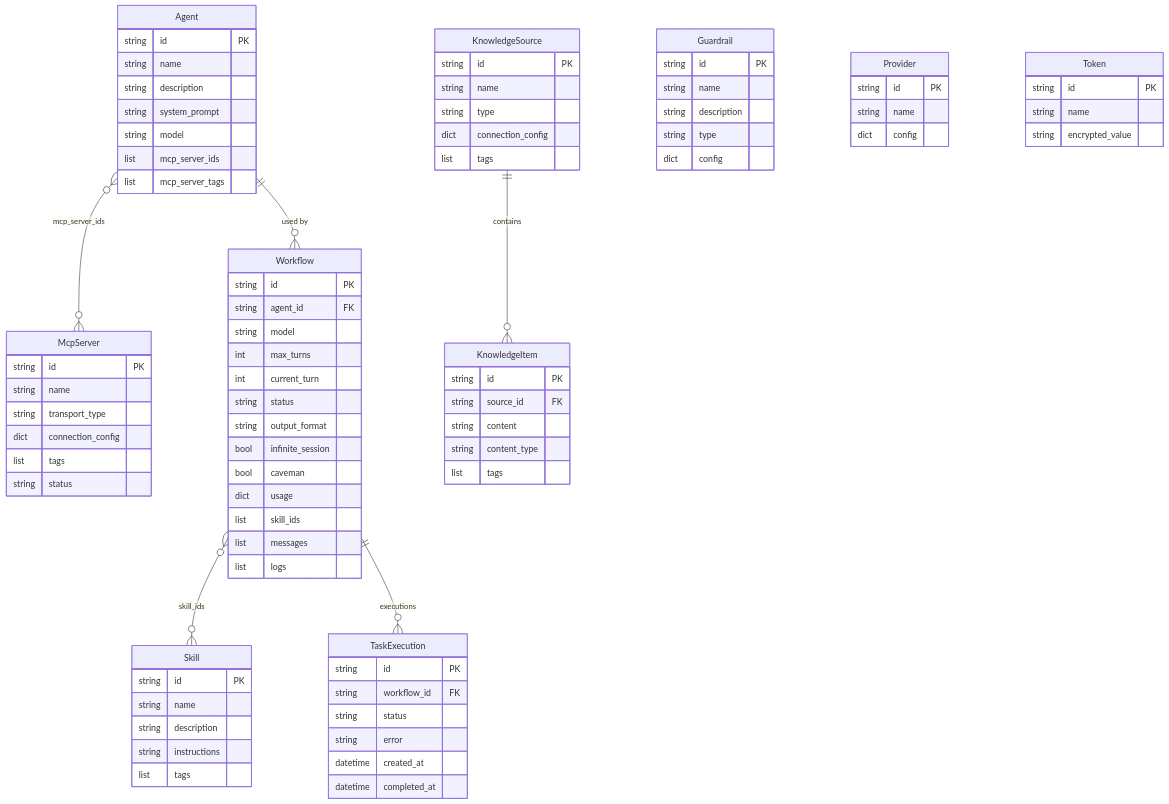
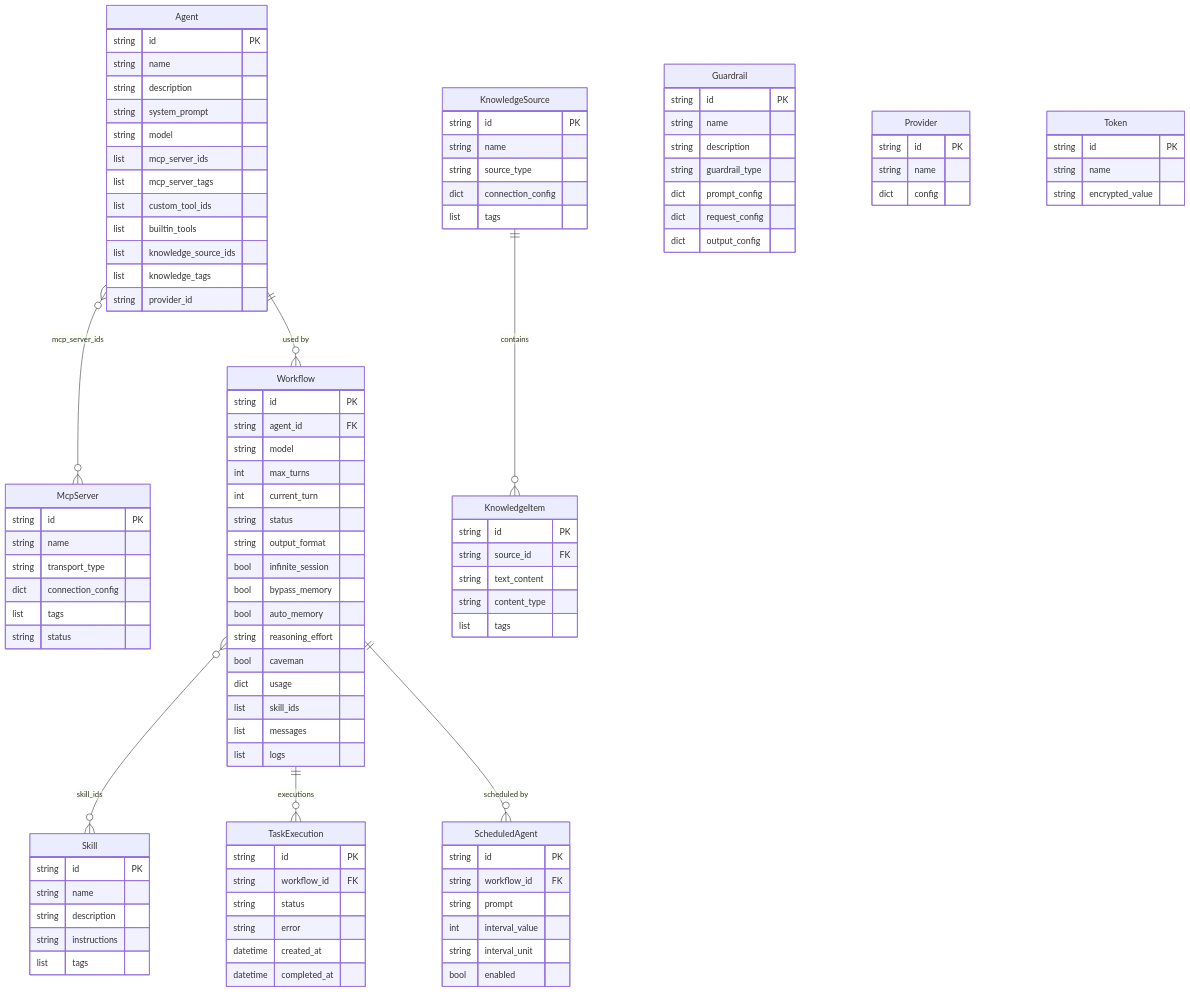
One commit to naaico-tech/tbd-agents changed the diagram in docs/architecture/data-model.md. Above: the diagram before and after it, drawn with Mermaid. The commit also changed other lines of this file and 42 other files, not shown here.

````diff
--- a/docs/architecture/data-model.md
+++ b/docs/architecture/data-model.md
@@ -16,6 +16,11 @@
         string model
         list mcp_server_ids
         list mcp_server_tags
+        list custom_tool_ids
+        list builtin_tools
+        list knowledge_source_ids
+        list knowledge_tags
+        string provider_id
     }
 
     McpServer {
@@ -44,6 +49,9 @@
         string status
         string output_format
         bool infinite_session
+        bool bypass_memory
+        bool auto_memory
+        string reasoning_effort
         bool caveman
         dict usage
         list skill_ids
@@ -54,7 +62,7 @@
     KnowledgeSource {
         string id PK
         string name
-        string type
+        string source_type
         dict connection_config
         list tags
     }
@@ -62,7 +70,7 @@
     KnowledgeItem {
         string id PK
         string source_id FK
-        string content
+        string text_content
         string content_type
         list tags
     }
@@ -71,8 +79,19 @@
         string id PK
         string name
         string description
-        string type
-        dict config
+        string guardrail_type
+        dict prompt_config
+        dict request_config
+        dict output_config
+    }
+
+    ScheduledAgent {
+        string id PK
+        string workflow_id FK
+        string prompt
+        int interval_value
+        string interval_unit
+        bool enabled
     }
 
     Provider {
@@ -100,5 +119,6 @@
     Agent }o--o{ McpServer : "mcp_server_ids"
     Workflow }o--o{ Skill : "skill_ids"
     Workflow ||--o{ TaskExecution : "executions"
+    Workflow ||--o{ ScheduledAgent : "scheduled by"
     KnowledgeSource ||--o{ KnowledgeItem : "contains"
 ```
````
